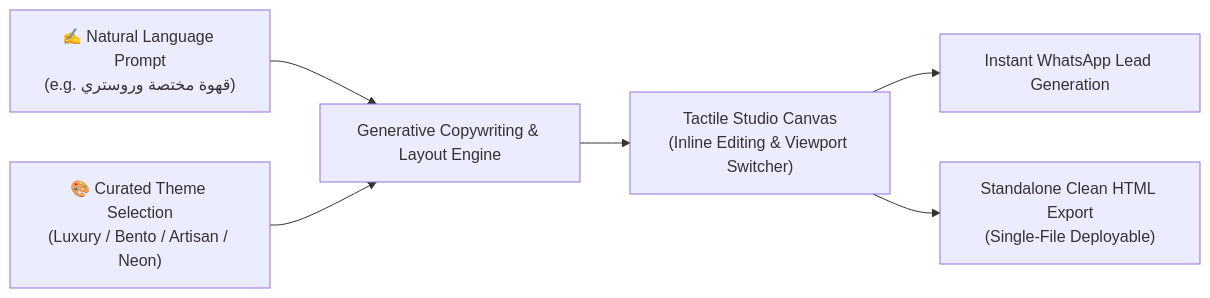
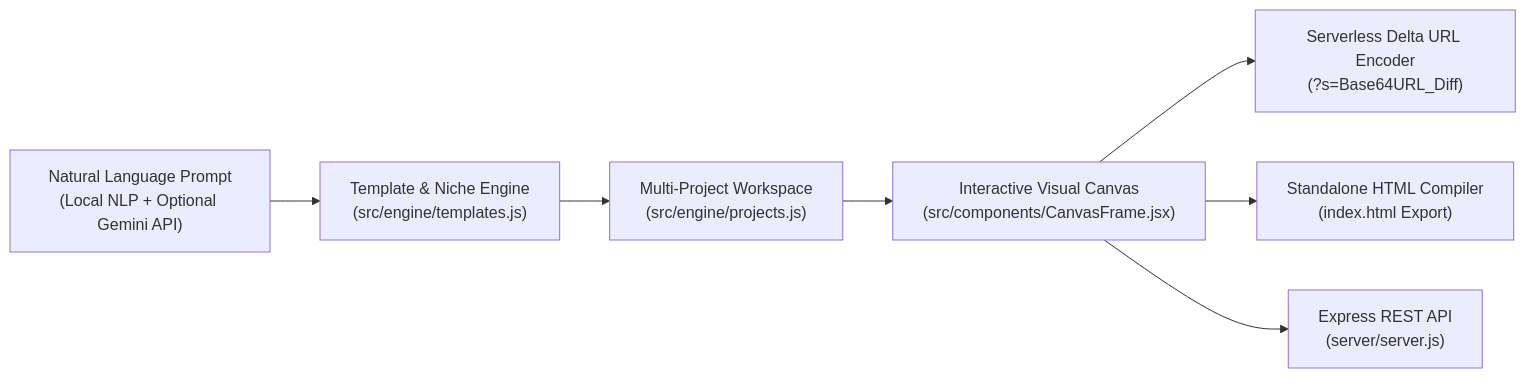
Before and after one commit to OfficialMoSaleh/pagecraft-studio: the diagram in README.md, drawn with Mermaid. The commit also changed other lines of this file and 10 other files, not shown here.

Commit message:
feat: add custom brand color pickers, 6 Arabic Google Fonts, serverless shareable URL encoder, and bilingual engineering README

````diff
--- a/README.md
+++ b/README.md
@@ -36,8 +56,9 @@
 ```mermaid
 flowchart LR
-    Prompt["✍️ Natural Language Prompt\n(e.g. قهوة مختصة وروستري)"] --> Engine["Generative Copywriting & Layout Engine"]
-    Theme["🎨 Curated Theme Selection\n(Luxury / Bento / Artisan / Neon)"] --> Engine
-    Engine --> Canvas["Tactile Studio Canvas\n(Inline Editing & Viewport Switcher)"]
-    Canvas --> WhatsApp["Instant WhatsApp Lead Generation"]
-    Canvas --> Export["Standalone Clean HTML Export\n(Single-File Deployable)"]
+    A["Natural Language Prompt\n(Local NLP + Optional Gemini API)"] --> B["Template & Niche Engine\n(src/engine/templates.js)"]
+    B --> C["Multi-Project Workspace\n(src/engine/projects.js)"]
+    C --> D["Interactive Visual Canvas\n(src/components/CanvasFrame.jsx)"]
+    D --> E["Serverless Delta URL Encoder\n(?s=Base64URL_Diff)"]
+    D --> F["Standalone HTML Compiler\n(index.html Export)"]
+    D --> G["Express REST API\n(server/server.js)"]
 ```
````
